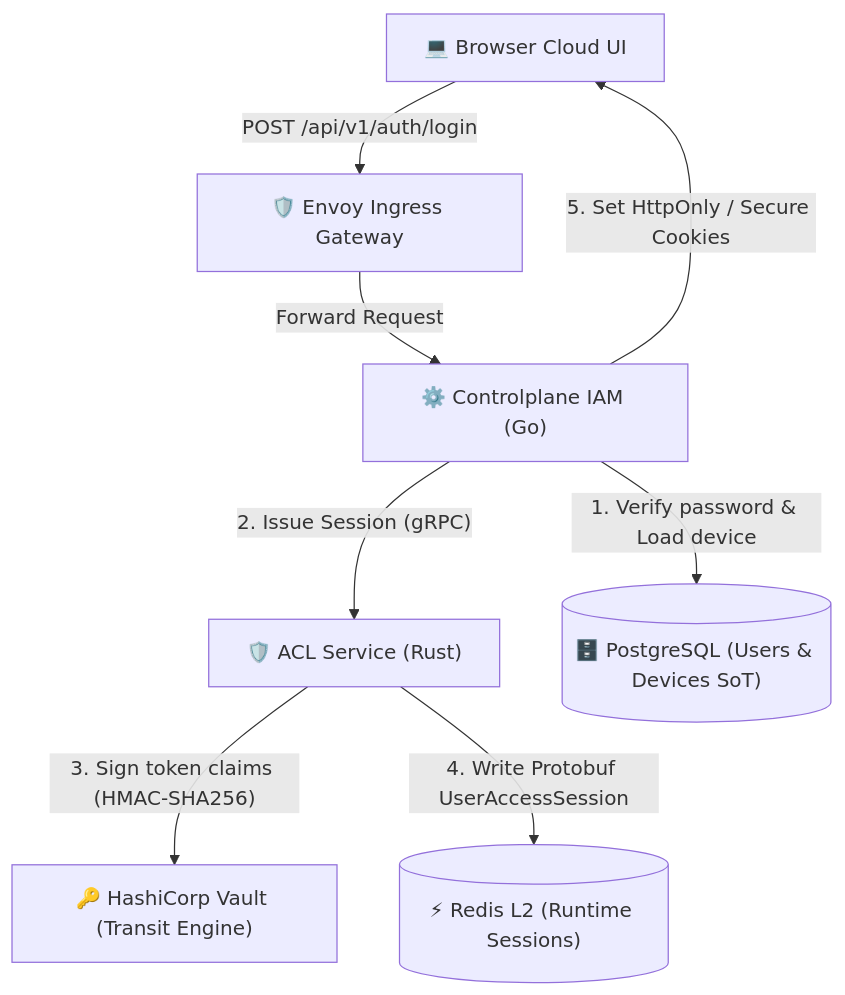
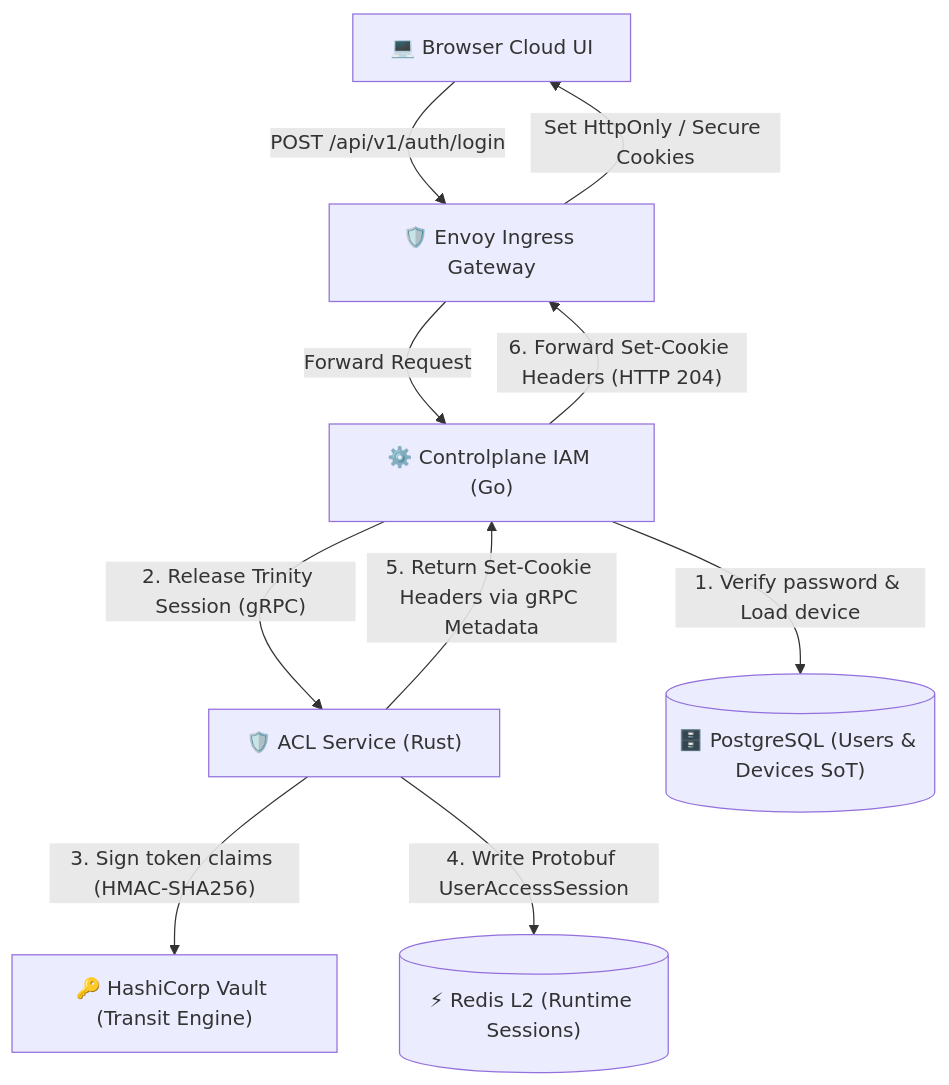
Before and after one commit to phucle996/aurora: the first of 3 diagrams in god_view/iam/user_login_god_view_workflow.md, drawn with Mermaid. The commit also changed other lines of this file and 33 other files, not shown here.

Commit message:
feat: implement session outbox pattern and integrate session release workflow into authentication lifecycle

````diff
--- a/god_view/iam/user_login_god_view_workflow.md
+++ b/god_view/iam/user_login_god_view_workflow.md
@@ -34,18 +34,20 @@
 ```mermaid
 graph TD
     UI["💻 Browser Cloud UI"]
     Envoy["🛡️ Envoy Ingress Gateway"]
     CP["⚙️ Controlplane IAM (Go)"]
     ACL["🛡️ ACL Service (Rust)"]
     Vault["🔑 HashiCorp Vault (Transit Engine)"]
     Redis[("⚡ Redis L2 (Runtime Sessions)")]
     DB[("🗄️ PostgreSQL (Users & Devices SoT)")]
 
     UI -- "POST /api/v1/auth/login" --> Envoy
     Envoy -- "Forward Request" --> CP
     CP -- "1. Verify password & Load device" --> DB
-    CP -- "2. Issue Session (gRPC)" --> ACL
+    CP -- "2. Release Trinity Session (gRPC)" --> ACL
     ACL -- "3. Sign token claims (HMAC-SHA256)" --> Vault
     ACL -- "4. Write Protobuf UserAccessSession" --> Redis
-    CP -- "5. Set HttpOnly / Secure Cookies" --> UI
+    ACL -- "5. Return Set-Cookie Headers via gRPC Metadata" --> CP
+    CP -- "6. Forward Set-Cookie Headers (HTTP 204)" --> Envoy
+    Envoy -- "Set HttpOnly / Secure Cookies" --> UI
 ```
````
